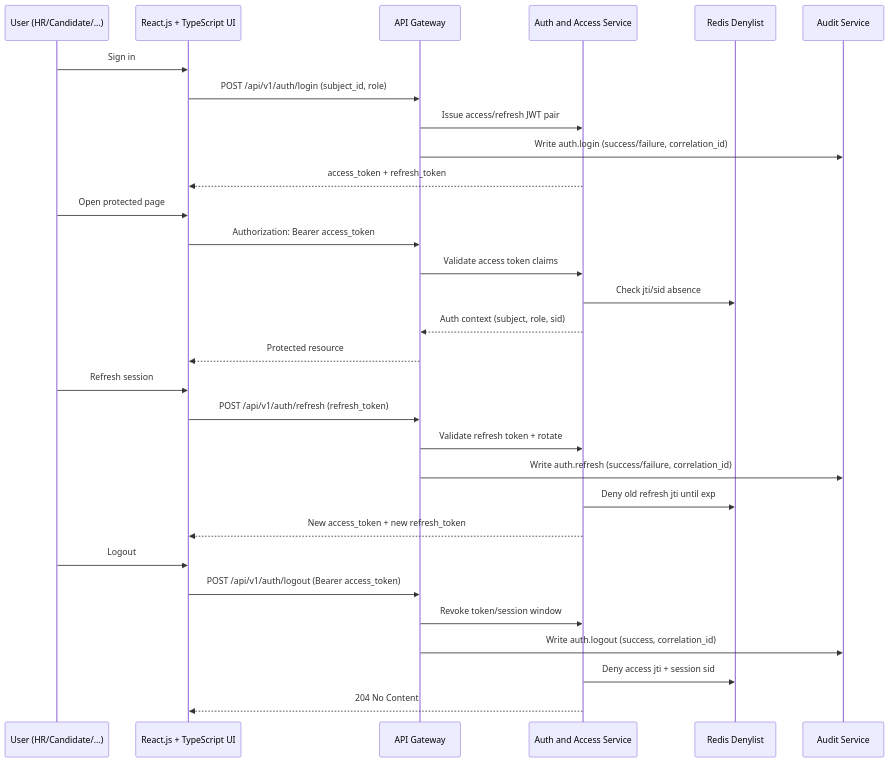
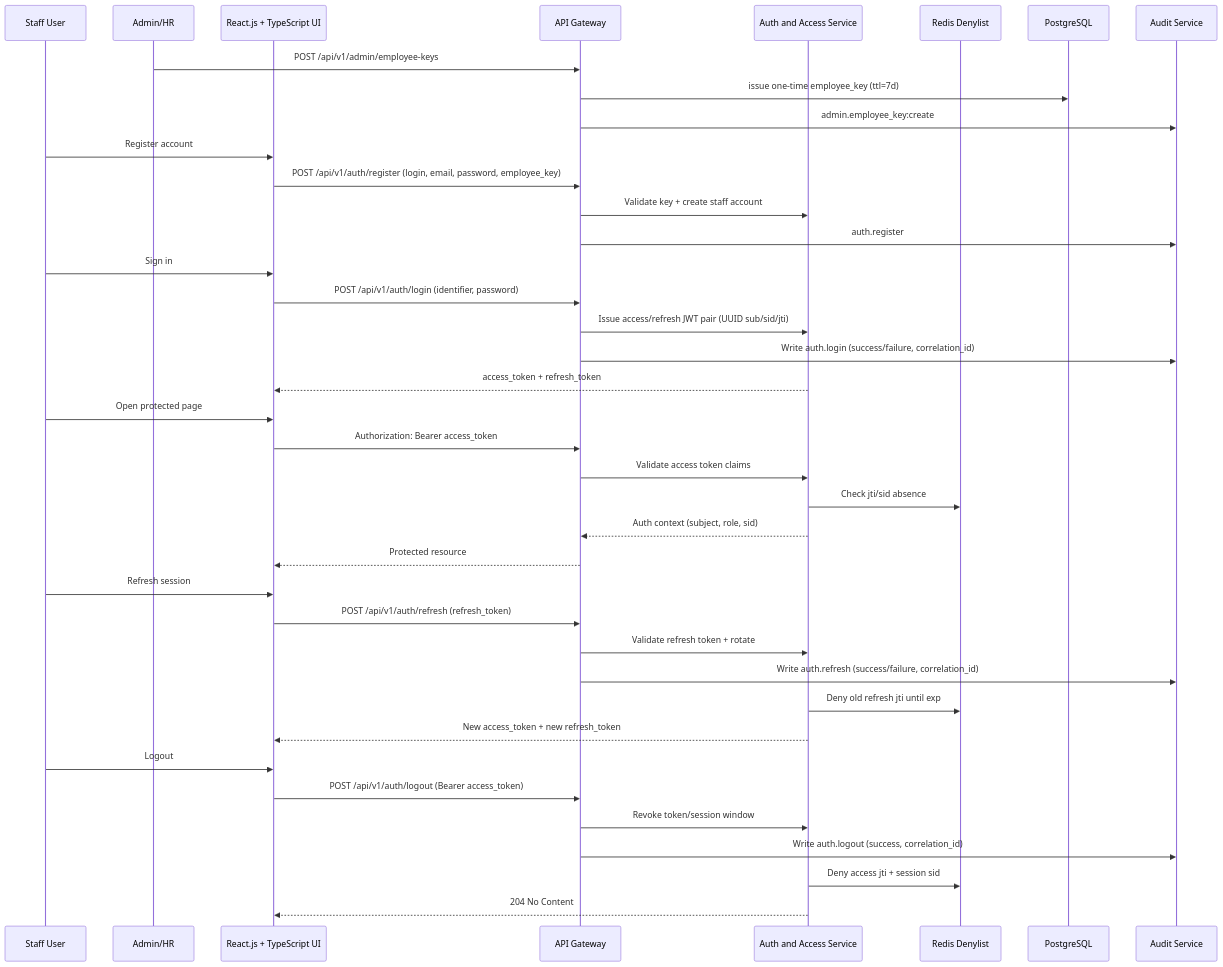
The tenth of 14 diagrams in docs/architecture/diagrams.md (RubiFoc/hrm), drawn with Mermaid before and after one commit. The commit also changed other lines of this file and 42 other files, not shown here.

Commit message:
feat(auth): add staff password auth, admin APIs, and swagger bearer (#40)

````diff
--- a/docs/architecture/diagrams.md
+++ b/docs/architecture/diagrams.md
@@ -294,36 +297,47 @@
 ```mermaid
 sequenceDiagram
-  participant U as User (HR/Candidate/...)
+  participant U as Staff User
+  participant A as Admin/HR
   participant UI as React.js + TypeScript UI
   participant API as API Gateway
   participant AUTH as Auth and Access Service
   participant DNL as Redis Denylist
+  participant DB as PostgreSQL
   participant AUD as Audit Service
 
+  A->>API: POST /api/v1/admin/employee-keys
+  API->>DB: issue one-time employee_key (ttl=7d)
+  API->>AUD: admin.employee_key:create
+
+  U->>UI: Register account
+  UI->>API: POST /api/v1/auth/register (login, email, password, employee_key)
+  API->>AUTH: Validate key + create staff account
+  API->>AUD: auth.register
+
   U->>UI: Sign in
-  UI->>API: POST /api/v1/auth/login (subject_id, role)
-  API->>AUTH: Issue access/refresh JWT pair
+  UI->>API: POST /api/v1/auth/login (identifier, password)
+  API->>AUTH: Issue access/refresh JWT pair (UUID sub/sid/jti)
   API->>AUD: Write auth.login (success/failure, correlation_id)
   AUTH-->>UI: access_token + refresh_token
 
   U->>UI: Open protected page
   UI->>API: Authorization: Bearer access_token
   API->>AUTH: Validate access token claims
   AUTH->>DNL: Check jti/sid absence
   AUTH-->>API: Auth context (subject, role, sid)
   API-->>UI: Protected resource
 
   U->>UI: Refresh session
   UI->>API: POST /api/v1/auth/refresh (refresh_token)
   API->>AUTH: Validate refresh token + rotate
   API->>AUD: Write auth.refresh (success/failure, correlation_id)
   AUTH->>DNL: Deny old refresh jti until exp
   AUTH-->>UI: New access_token + new refresh_token
 
   U->>UI: Logout
   UI->>API: POST /api/v1/auth/logout (Bearer access_token)
   API->>AUTH: Revoke token/session window
   API->>AUD: Write auth.logout (success, correlation_id)
   AUTH->>DNL: Deny access jti + session sid
   AUTH-->>UI: 204 No Content
 ```
````
